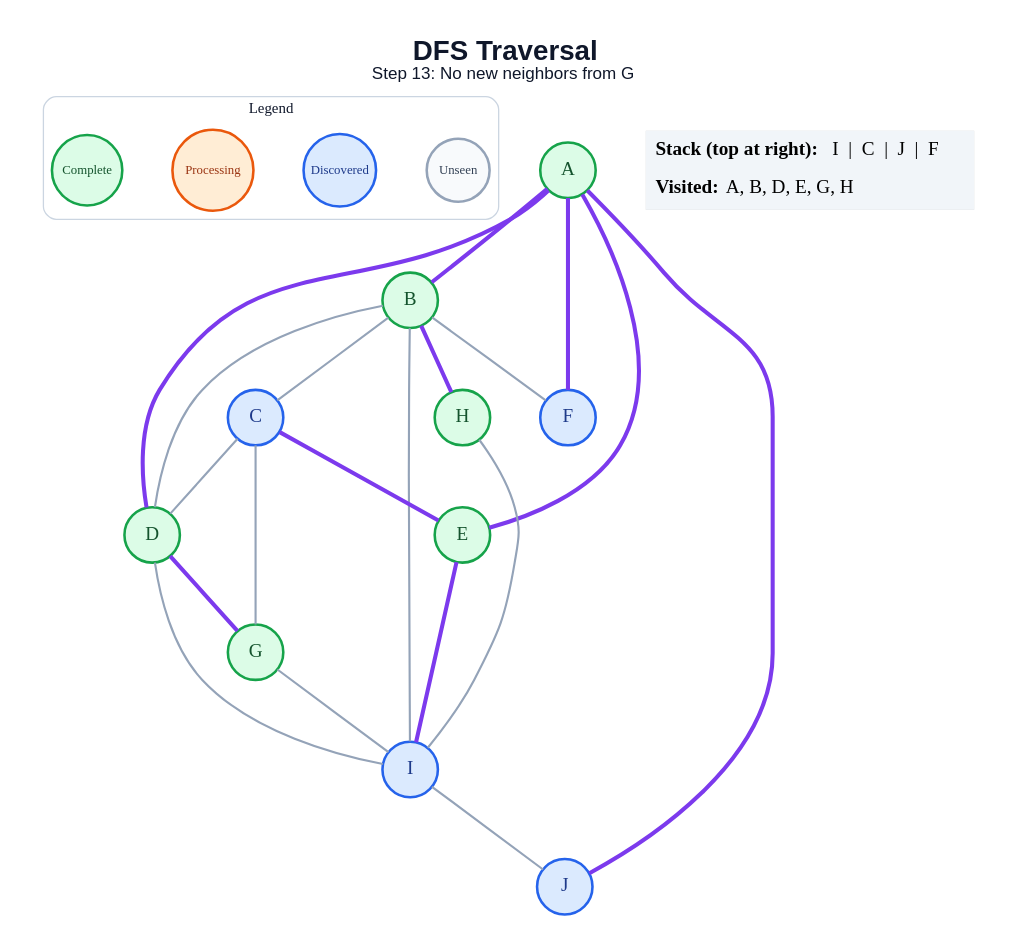
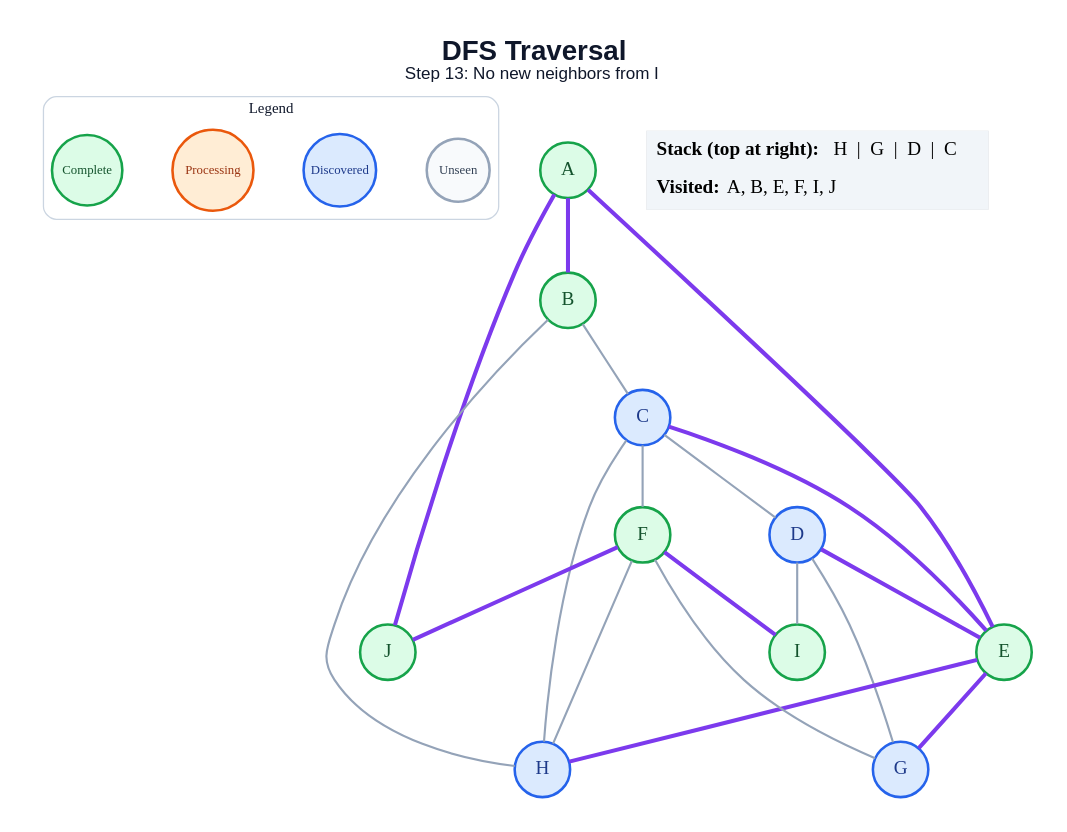
Before and after one commit to amanghodawala9/ai-slop: the diagram in generated/specific-node/dfs/step_13.dot, drawn with Graphviz. The commit also changed 178 other files, not shown here.

```diff
--- a/generated/specific-node/dfs/step_13.dot
+++ b/generated/specific-node/dfs/step_13.dot
@@ -1,48 +1,47 @@
 graph traversal {
   graph [layout=dot, rankdir=TB, bgcolor="#FFFFFF", pad="0.35", nodesep="0.65", ranksep="0.8", fontname="Arial"];
   node [shape=circle, style="filled", fontname="Arial Bold", fontsize=18, width=0.72, fixedsize=true, penwidth=2.4];
   edge [color="#94A3B8", penwidth=2.0];
-  label=<<B>DFS Traversal</B><BR/><FONT POINT-SIZE="16">Step 13: No new neighbors from G</FONT>>; labelloc="t"; fontsize=26; fontname="Arial"; fontcolor="#0F172A";
+  label=<<B>DFS Traversal</B><BR/><FONT POINT-SIZE="16">Step 13: No new neighbors from I</FONT>>; labelloc="t"; fontsize=26; fontname="Arial"; fontcolor="#0F172A";
   subgraph cluster_legend { label="Legend"; color="#CBD5E1"; penwidth=1.2; style="rounded"; fontsize=14; fontname="Arial Bold";
     key_unseen [label="Unseen", fillcolor="#F8FAFC", color="#94A3B8", fontcolor="#334155", fontsize=12, width=0.82];
     key_frontier [label="Discovered", fillcolor="#DBEAFE", color="#2563EB", fontcolor="#1E3A8A", fontsize=12, width=0.95];
     key_current [label="Processing", fillcolor="#FFEDD5", color="#EA580C", fontcolor="#9A3412", fontsize=12, width=1.05];
     key_done [label="Complete", fillcolor="#DCFCE7", color="#16A34A", fontcolor="#14532D", fontsize=12, width=0.92];
     { rank=same; key_unseen; key_frontier; key_current; key_done; }
   }
   A [fillcolor="#DCFCE7", color="#16A34A", fontcolor="#14532D"];
   B [fillcolor="#DCFCE7", color="#16A34A", fontcolor="#14532D"];
   C [fillcolor="#DBEAFE", color="#2563EB", fontcolor="#1E3A8A"];
-  D [fillcolor="#DCFCE7", color="#16A34A", fontcolor="#14532D"];
+  D [fillcolor="#DBEAFE", color="#2563EB", fontcolor="#1E3A8A"];
   E [fillcolor="#DCFCE7", color="#16A34A", fontcolor="#14532D"];
-  F [fillcolor="#DBEAFE", color="#2563EB", fontcolor="#1E3A8A"];
-  G [fillcolor="#DCFCE7", color="#16A34A", fontcolor="#14532D"];
-  H [fillcolor="#DCFCE7", color="#16A34A", fontcolor="#14532D"];
-  I [fillcolor="#DBEAFE", color="#2563EB", fontcolor="#1E3A8A"];
-  J [fillcolor="#DBEAFE", color="#2563EB", fontcolor="#1E3A8A"];
+  F [fillcolor="#DCFCE7", color="#16A34A", fontcolor="#14532D"];
+  G [fillcolor="#DBEAFE", color="#2563EB", fontcolor="#1E3A8A"];
+  H [fillcolor="#DBEAFE", color="#2563EB", fontcolor="#1E3A8A"];
+  I [fillcolor="#DCFCE7", color="#16A34A", fontcolor="#14532D"];
+  J [fillcolor="#DCFCE7", color="#16A34A", fontcolor="#14532D"];
   A -- B [color="#7C3AED", penwidth=3.8];
-  A -- D [color="#7C3AED", penwidth=3.8];
   A -- E [color="#7C3AED", penwidth=3.8];
-  A -- F [color="#7C3AED", penwidth=3.8];
   A -- J [color="#7C3AED", penwidth=3.8];
   B -- C;
-  B -- D;
-  B -- F;
-  B -- H [color="#7C3AED", penwidth=3.8];
-  B -- I;
+  B -- H;
   C -- D;
   C -- E [color="#7C3AED", penwidth=3.8];
-  C -- G;
-  D -- G [color="#7C3AED", penwidth=3.8];
+  C -- F;
+  C -- H;
+  D -- E [color="#7C3AED", penwidth=3.8];
+  D -- G;
   D -- I;
-  E -- I [color="#7C3AED", penwidth=3.8];
-  G -- I;
-  H -- I;
-  I -- J;
+  E -- G [color="#7C3AED", penwidth=3.8];
+  E -- H [color="#7C3AED", penwidth=3.8];
+  F -- G;
+  F -- H;
+  F -- I [color="#7C3AED", penwidth=3.8];
+  F -- J [color="#7C3AED", penwidth=3.8];
   status [shape=plain, fixedsize=false, width=0, height=0, margin=0, label=<
     <TABLE BORDER="0" CELLBORDER="0" CELLPADDING="7" BGCOLOR="#F1F5F9">
-      <TR><TD ALIGN="LEFT"><B>Stack (top at right):</B> I  |  C  |  J  |  F</TD></TR>
-      <TR><TD ALIGN="LEFT"><B>Visited:</B> A, B, D, E, G, H</TD></TR>
+      <TR><TD ALIGN="LEFT"><B>Stack (top at right):</B> H  |  G  |  D  |  C</TD></TR>
+      <TR><TD ALIGN="LEFT"><B>Visited:</B> A, B, E, F, I, J</TD></TR>
     </TABLE>
   >];
 }
```
